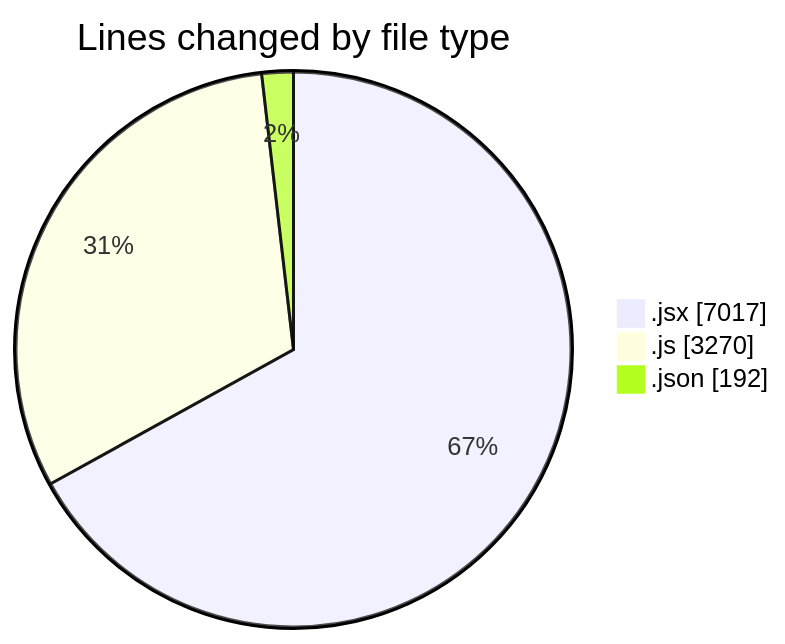
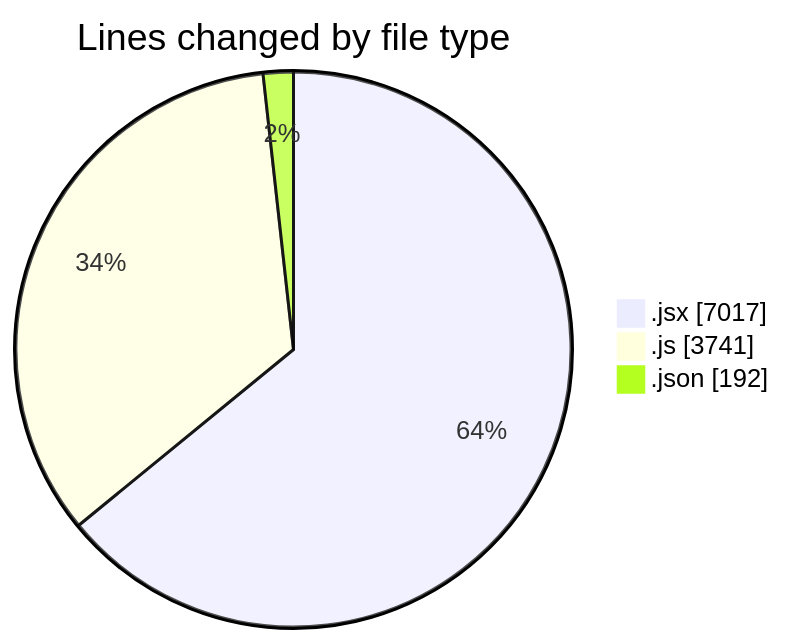
Before and after one commit to nxtqubesakshisongat/code-tracking: the first of 2 diagrams in 2025-08-06/nxtqube_webapp/README.md, drawn with Mermaid. The commit also changed other lines of this file and 1 other file, not shown here.

````diff
--- a/2025-08-06/nxtqube_webapp/README.md
+++ b/2025-08-06/nxtqube_webapp/README.md
@@ -31,7 +31,7 @@
 ```mermaid
 pie showData
 title Lines changed by file type
 ".jsx" : 7017
-".js" : 3270
+".js" : 3741
 ".json" : 192
 ```
````
